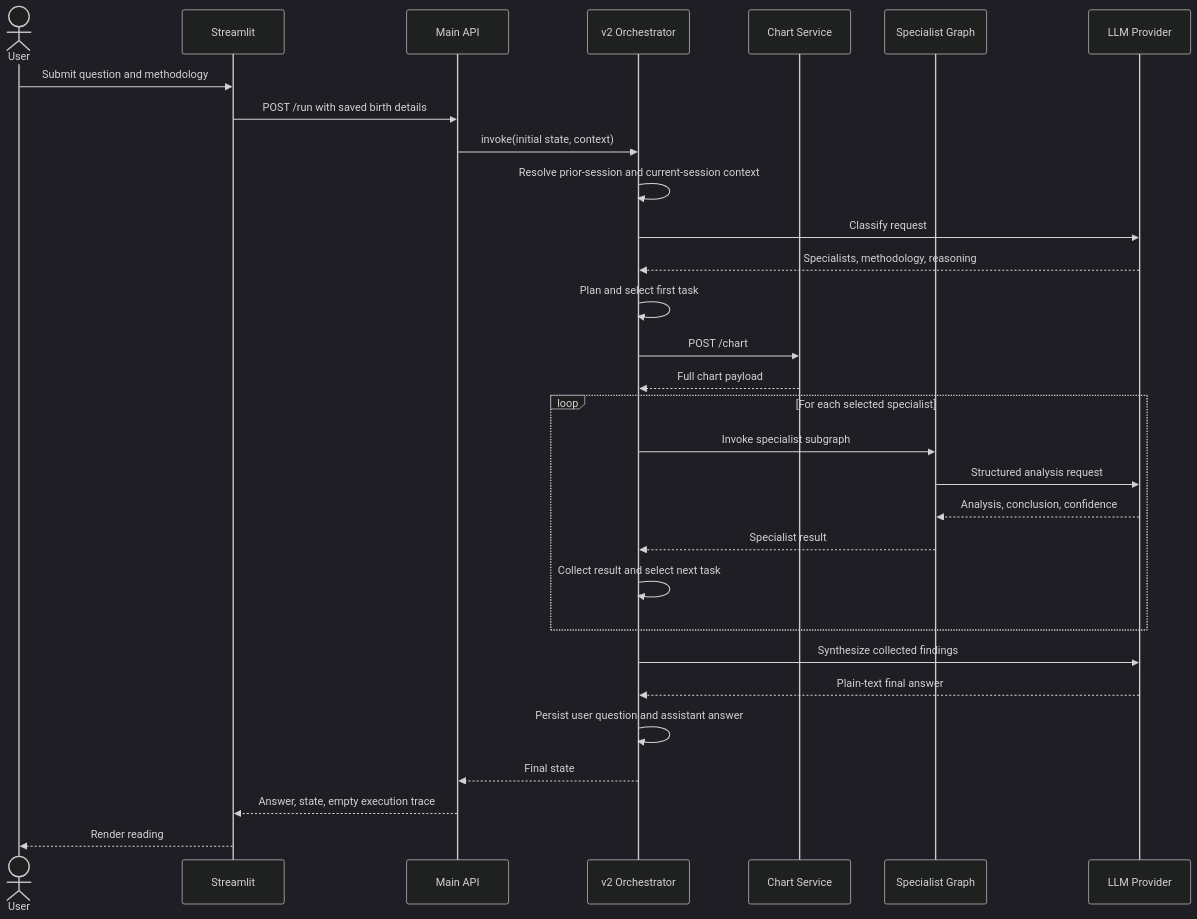
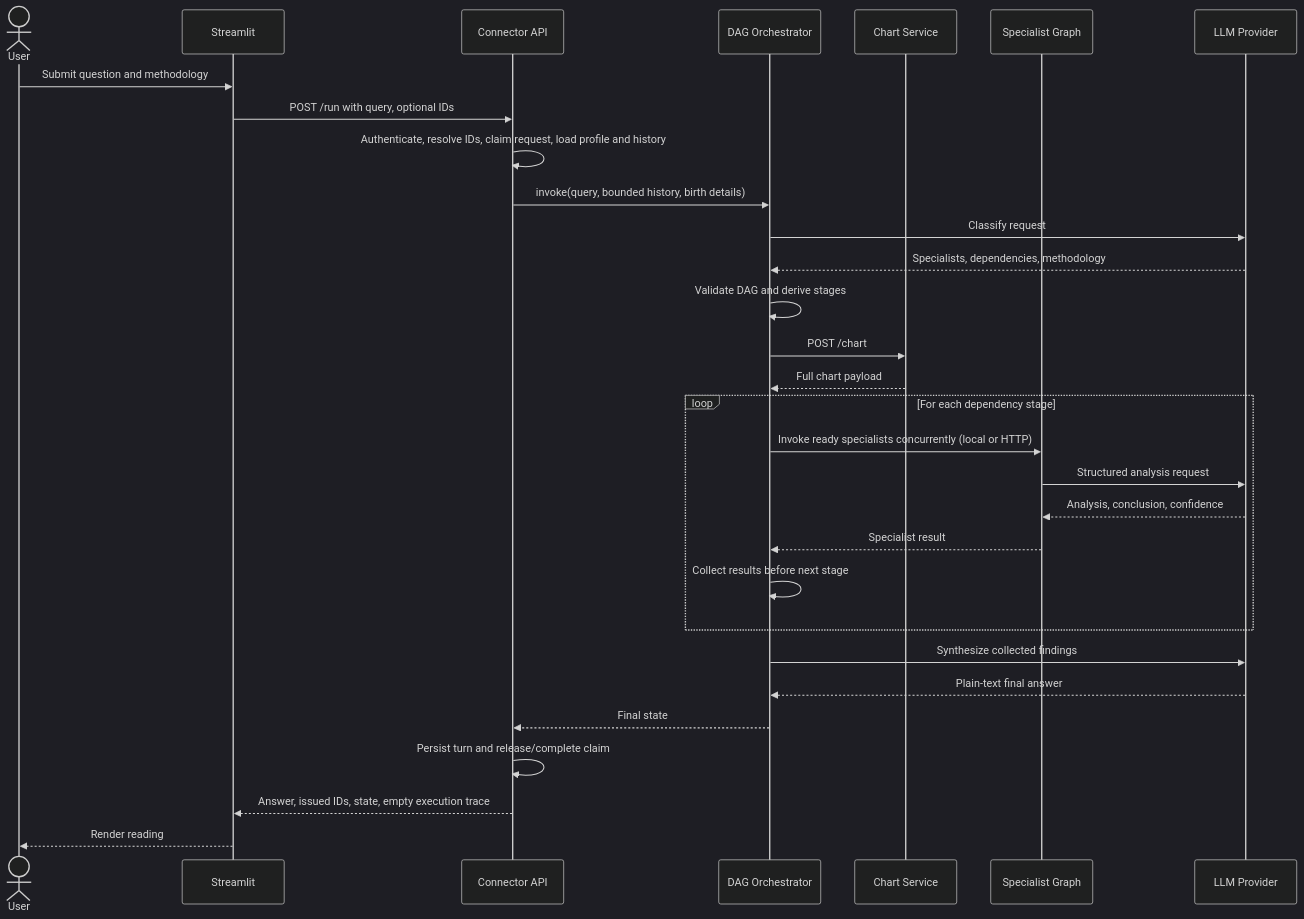
Before and after one commit to chamanthmvs/AstroWeave: the second of 4 diagrams in docs/PROJECT_DOCUMENTATION.md, drawn with Mermaid (dark theme). The commit also changed other lines of this file and 14 other files, not shown here.

Commit message:
feat: add connector-owned conversations and dependency-aware agent orchestration

````diff
--- a/docs/PROJECT_DOCUMENTATION.md
+++ b/docs/PROJECT_DOCUMENTATION.md
@@ -231,33 +237,33 @@
 ```mermaid
 sequenceDiagram
     actor User
     participant UI as Streamlit
-    participant API as Main API
-    participant O as v2 Orchestrator
+    participant API as Connector API
+    participant O as DAG Orchestrator
     participant C as Chart Service
     participant S as Specialist Graph
     participant L as LLM Provider
 
     User->>UI: Submit question and methodology
-    UI->>API: POST /run with saved birth details
-    API->>O: invoke(initial state, context)
-    O->>O: Resolve prior-session and current-session context
+    UI->>API: POST /run with query, optional IDs
+    API->>API: Authenticate, resolve IDs, claim request, load profile and history
+    API->>O: invoke(query, bounded history, birth details)
     O->>L: Classify request
-    L-->>O: Specialists, methodology, reasoning
-    O->>O: Plan and select first task
+    L-->>O: Specialists, dependencies, methodology
+    O->>O: Validate DAG and derive stages
     O->>C: POST /chart
     C-->>O: Full chart payload
-    loop For each selected specialist
-        O->>S: Invoke specialist subgraph
+    loop For each dependency stage
+      O->>S: Invoke ready specialists concurrently (local or HTTP)
         S->>L: Structured analysis request
         L-->>S: Analysis, conclusion, confidence
         S-->>O: Specialist result
-        O->>O: Collect result and select next task
+        O->>O: Collect results before next stage
     end
     O->>L: Synthesize collected findings
     L-->>O: Plain-text final answer
-    O->>O: Persist user question and assistant answer
     O-->>API: Final state
-    API-->>UI: Answer, state, empty execution trace
+    API->>API: Persist turn and release/complete claim
+    API-->>UI: Answer, issued IDs, state, empty execution trace
     UI-->>User: Render reading
 ```
````
